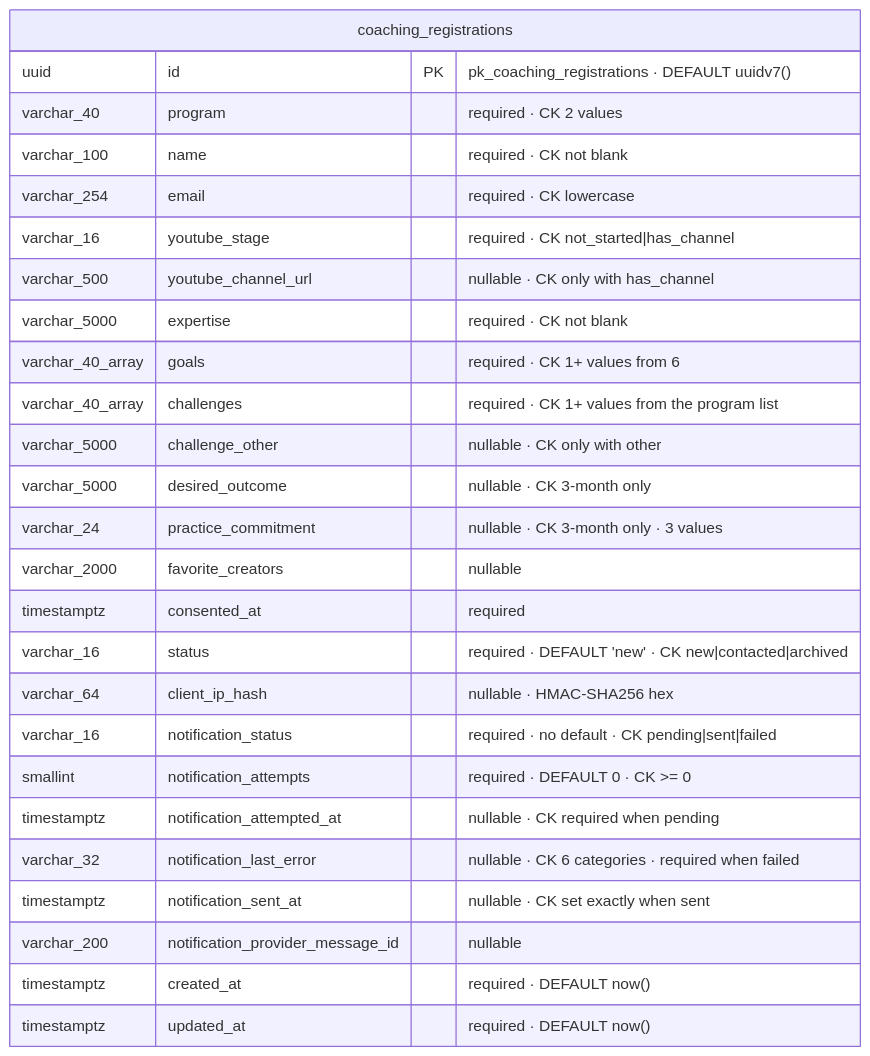
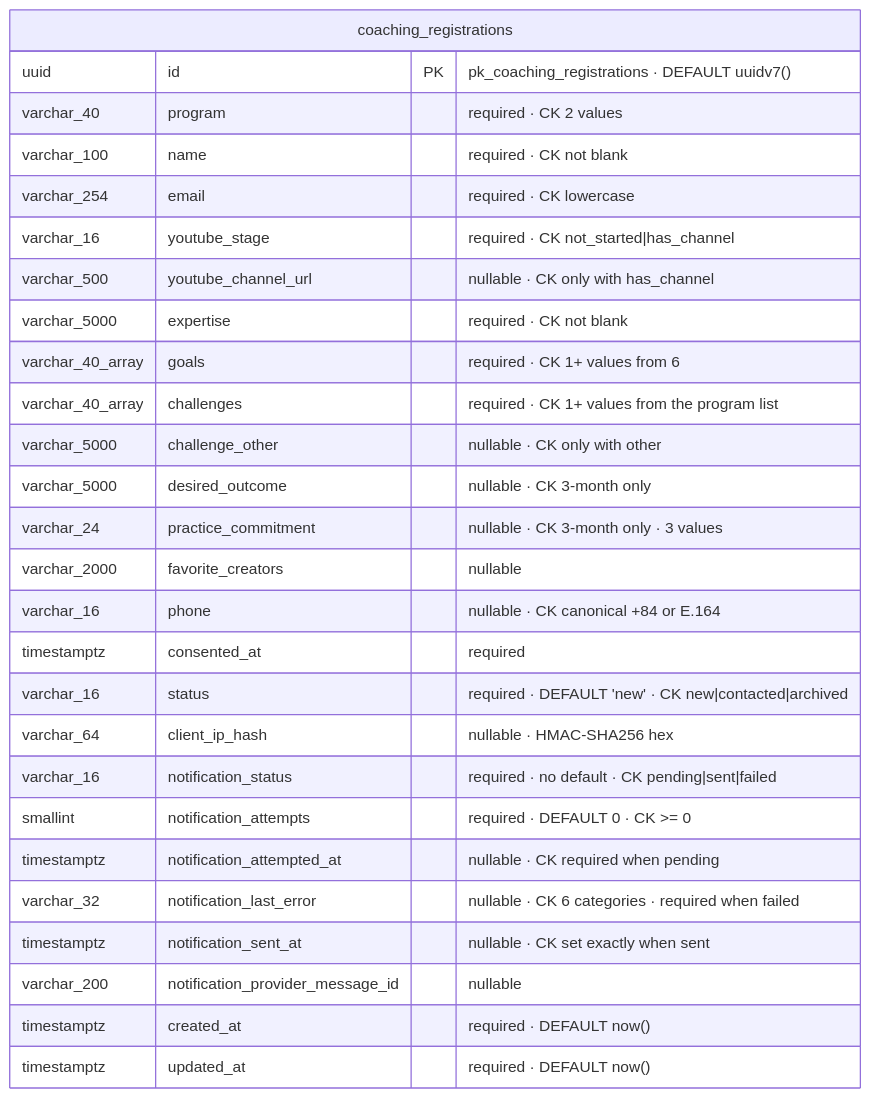
One commit to kienquocnguyen/xuan-api changed diagram 12 of 12 in docs/database.md. Above: the diagram before and after it, drawn with Mermaid. The commit also changed other lines of this file and 5 other files, not shown here.

````diff
--- a/docs/database.md
+++ b/docs/database.md
@@ -892,29 +892,30 @@
 ```mermaid
 erDiagram
     coaching_registrations {
         uuid id PK "pk_coaching_registrations · DEFAULT uuidv7()"
         varchar_40 program "required · CK 2 values"
         varchar_100 name "required · CK not blank"
         varchar_254 email "required · CK lowercase"
         varchar_16 youtube_stage "required · CK not_started|has_channel"
         varchar_500 youtube_channel_url "nullable · CK only with has_channel"
         varchar_5000 expertise "required · CK not blank"
         varchar_40_array goals "required · CK 1+ values from 6"
         varchar_40_array challenges "required · CK 1+ values from the program list"
         varchar_5000 challenge_other "nullable · CK only with other"
         varchar_5000 desired_outcome "nullable · CK 3-month only"
         varchar_24 practice_commitment "nullable · CK 3-month only · 3 values"
         varchar_2000 favorite_creators "nullable"
+        varchar_16 phone "nullable · CK canonical +84 or E.164"
         timestamptz consented_at "required"
         varchar_16 status "required · DEFAULT 'new' · CK new|contacted|archived"
         varchar_64 client_ip_hash "nullable · HMAC-SHA256 hex"
         varchar_16 notification_status "required · no default · CK pending|sent|failed"
         smallint notification_attempts "required · DEFAULT 0 · CK >= 0"
         timestamptz notification_attempted_at "nullable · CK required when pending"
         varchar_32 notification_last_error "nullable · CK 6 categories · required when failed"
         timestamptz notification_sent_at "nullable · CK set exactly when sent"
         varchar_200 notification_provider_message_id "nullable"
         timestamptz created_at "required · DEFAULT now()"
         timestamptz updated_at "required · DEFAULT now()"
     }
 ```
````
